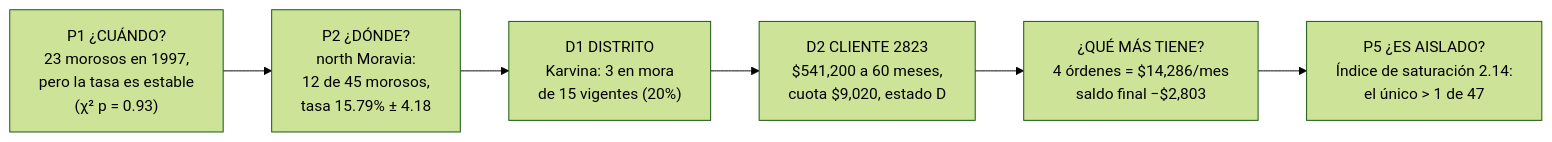
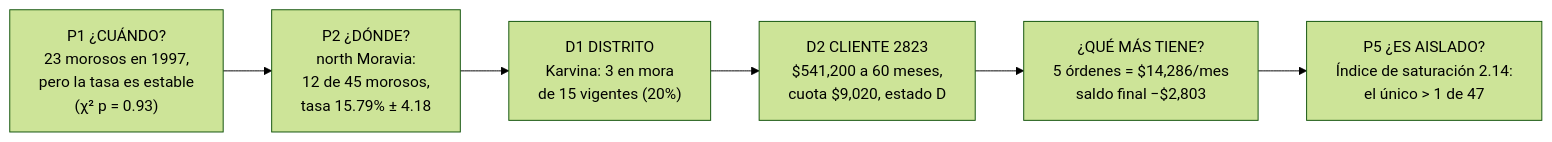
One commit to Hlagua/DocumentosBi changed the first of 4 diagrams in 07_Guia_Dashboards_Articulados_PowerBI.md. Above: the diagram before and after it, drawn with Mermaid (forest theme). The commit also changed other lines of this file and 13 other files, not shown here.

````diff
--- a/07_Guia_Dashboards_Articulados_PowerBI.md
+++ b/07_Guia_Dashboards_Articulados_PowerBI.md
@@ -126,8 +126,8 @@
 ```mermaid
 flowchart LR
     A["P1 ¿CUÁNDO?<br>23 morosos en 1997,<br>pero la tasa es estable<br>(χ² p = 0.93)"] --> B["P2 ¿DÓNDE?<br>north Moravia:<br>12 de 45 morosos,<br>tasa 15.79% ± 4.18"]
     B --> C["D1 DISTRITO<br>Karvina: 3 en mora<br>de 15 vigentes (20%)"]
     C --> D["D2 CLIENTE 2823<br>$541,200 a 60 meses,<br>cuota $9,020, estado D"]
-    D --> E["¿QUÉ MÁS TIENE?<br>4 órdenes = $14,286/mes<br>saldo final −$2,803"]
+    D --> E["¿QUÉ MÁS TIENE?<br>5 órdenes = $14,286/mes<br>saldo final −$2,803"]
     E --> F["P5 ¿ES AISLADO?<br>Índice de saturación 2.14:<br>el único > 1 de 47"]
 ```
````
